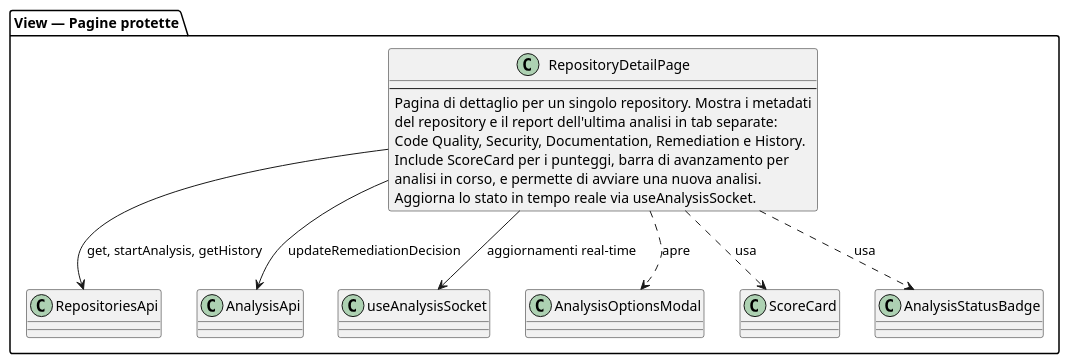
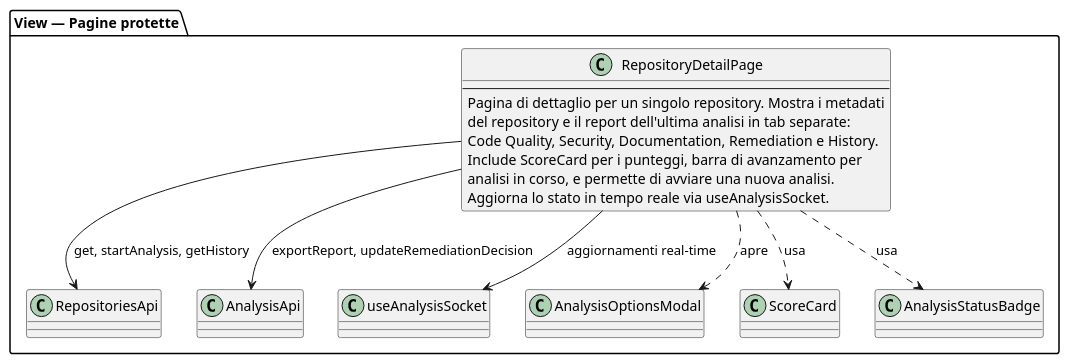
The diagram in assets/st_diagrams/code/frontend/pages/repository_detail_page.plantuml (SkarabGroup/DocumentazioneProgetto), drawn with PlantUML before and after one commit. The commit also changed 42 other files, not shown here.

Commit message:
Diagrammi e sezione frontend ST

```diff
--- a/assets/st_diagrams/code/frontend/pages/repository_detail_page.plantuml
+++ b/assets/st_diagrams/code/frontend/pages/repository_detail_page.plantuml
@@ -1,20 +1,20 @@
 @startuml
 package "View — Pagine protette" {
   class RepositoryDetailPage {
     --
     Pagina di dettaglio per un singolo repository. Mostra i metadati
     del repository e il report dell'ultima analisi in tab separate:
     Code Quality, Security, Documentation, Remediation e History.
     Include ScoreCard per i punteggi, barra di avanzamento per
     analisi in corso, e permette di avviare una nuova analisi.
     Aggiorna lo stato in tempo reale via useAnalysisSocket.
   }
 
   RepositoryDetailPage --> "RepositoriesApi" : get, startAnalysis, getHistory
-  RepositoryDetailPage --> "AnalysisApi" : updateRemediationDecision
+  RepositoryDetailPage --> "AnalysisApi" : exportReport, updateRemediationDecision
   RepositoryDetailPage --> "useAnalysisSocket" : aggiornamenti real-time
   RepositoryDetailPage ..> "AnalysisOptionsModal" : apre
   RepositoryDetailPage ..> "ScoreCard" : usa
   RepositoryDetailPage ..> "AnalysisStatusBadge" : usa
 }
 @enduml
```
